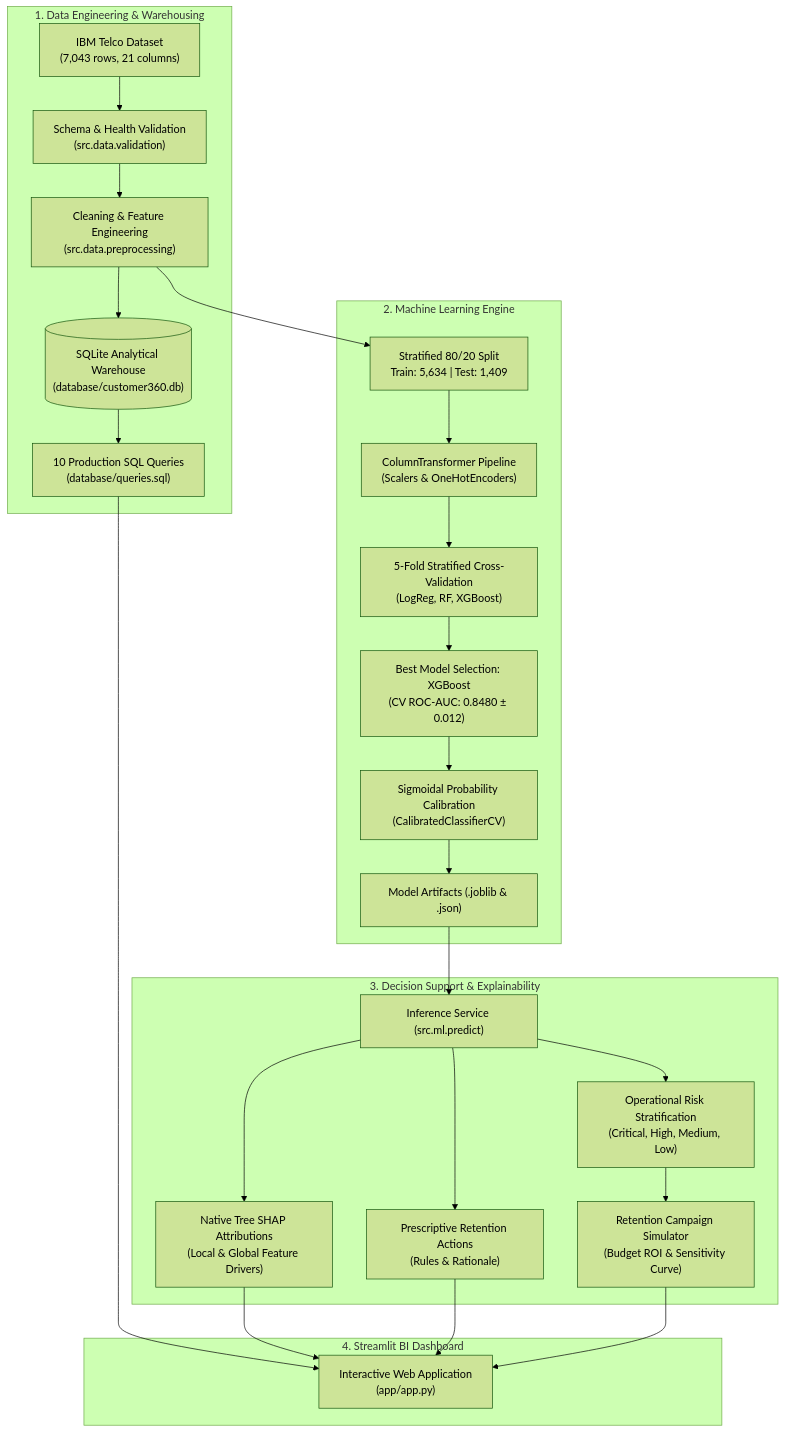
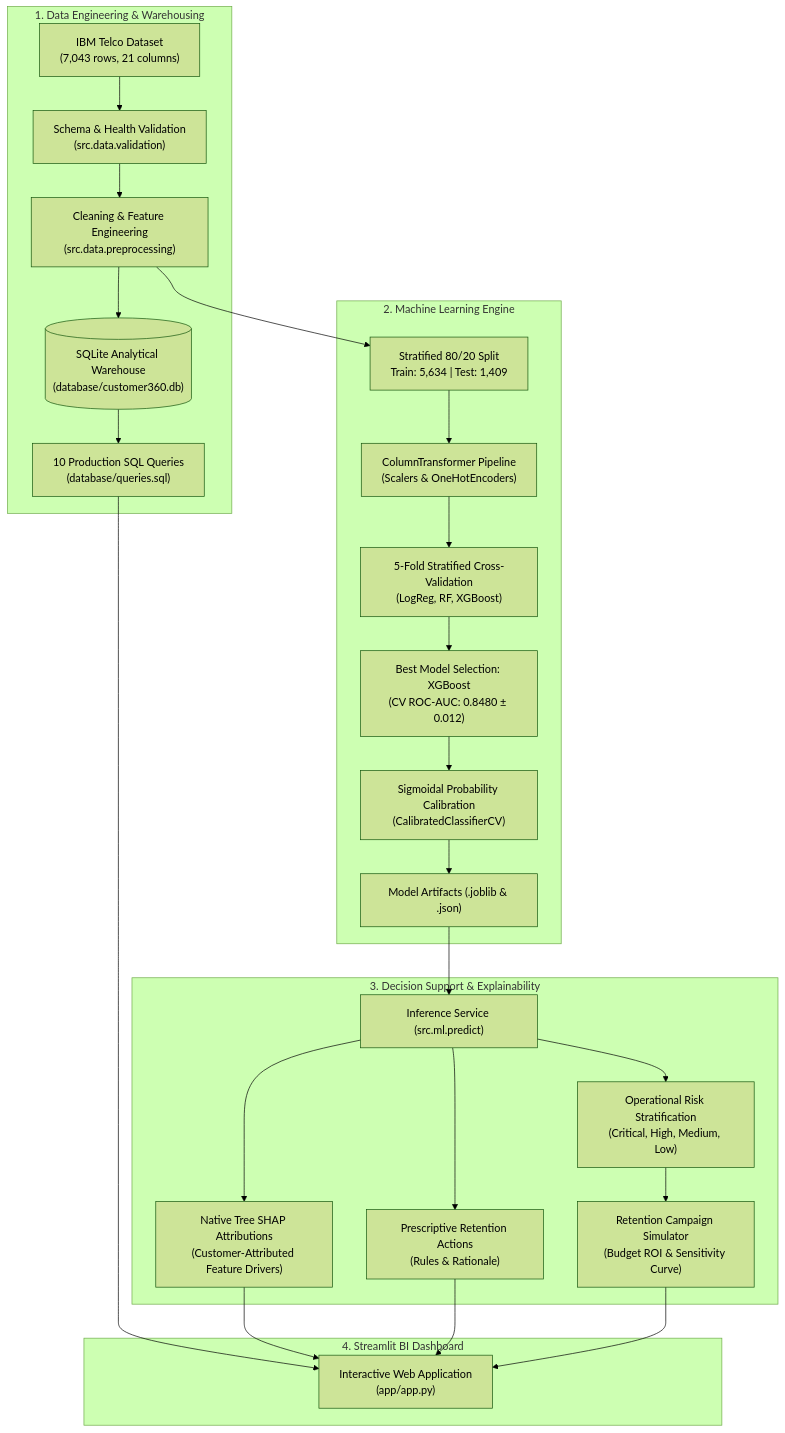
One commit to ayeshafatima-6681/-CUSTOMER360-AI changed the diagram in README.md. Above: the diagram before and after it, drawn with Mermaid (forest theme). The commit also changed other lines of this file and 4 other files, not shown here.

````diff
--- a/README.md
+++ b/README.md
@@ -29,33 +29,33 @@
 ```mermaid
 flowchart TD
     subgraph Ingestion["1. Data Engineering & Warehousing"]
         Raw["IBM Telco Dataset<br/>(7,043 rows, 21 columns)"] --> Val["Schema & Health Validation<br/>(src.data.validation)"]
         Val --> Clean["Cleaning & Feature Engineering<br/>(src.data.preprocessing)"]
         Clean --> DB[("SQLite Analytical Warehouse<br/>(database/customer360.db)")]
         DB --> SQL["10 Production SQL Queries<br/>(database/queries.sql)"]
     end
 
     subgraph Modeling["2. Machine Learning Engine"]
         Clean --> Split["Stratified 80/20 Split<br/>Train: 5,634 | Test: 1,409"]
         Split --> Pipe["ColumnTransformer Pipeline<br/>(Scalers & OneHotEncoders)"]
         Pipe --> CV["5-Fold Stratified Cross-Validation<br/>(LogReg, RF, XGBoost)"]
         CV --> Best["Best Model Selection: XGBoost<br/>(CV ROC-AUC: 0.8480 ± 0.012)"]
         Best --> Calib["Sigmoidal Probability Calibration<br/>(CalibratedClassifierCV)"]
         Calib --> Saved["Model Artifacts (.joblib & .json)"]
     end
 
     subgraph Intelligence["3. Decision Support & Explainability"]
         Saved --> Inf["Inference Service (src.ml.predict)"]
-        Inf --> SHAP["Native Tree SHAP Attributions<br/>(Local & Global Feature Drivers)"]
+        Inf --> SHAP["Native Tree SHAP Attributions<br/>(Customer-Attributed Feature Drivers)"]
         Inf --> Strat["Operational Risk Stratification<br/>(Critical, High, Medium, Low)"]
         Inf --> Actions["Prescriptive Retention Actions<br/>(Rules & Rationale)"]
         Strat --> Sim["Retention Campaign Simulator<br/>(Budget ROI & Sensitivity Curve)"]
     end
 
     subgraph Interface["4. Streamlit BI Dashboard"]
         SQL --> App["Interactive Web Application<br/>(app/app.py)"]
         SHAP --> App
         Actions --> App
         Sim --> App
     end
 ```
````
